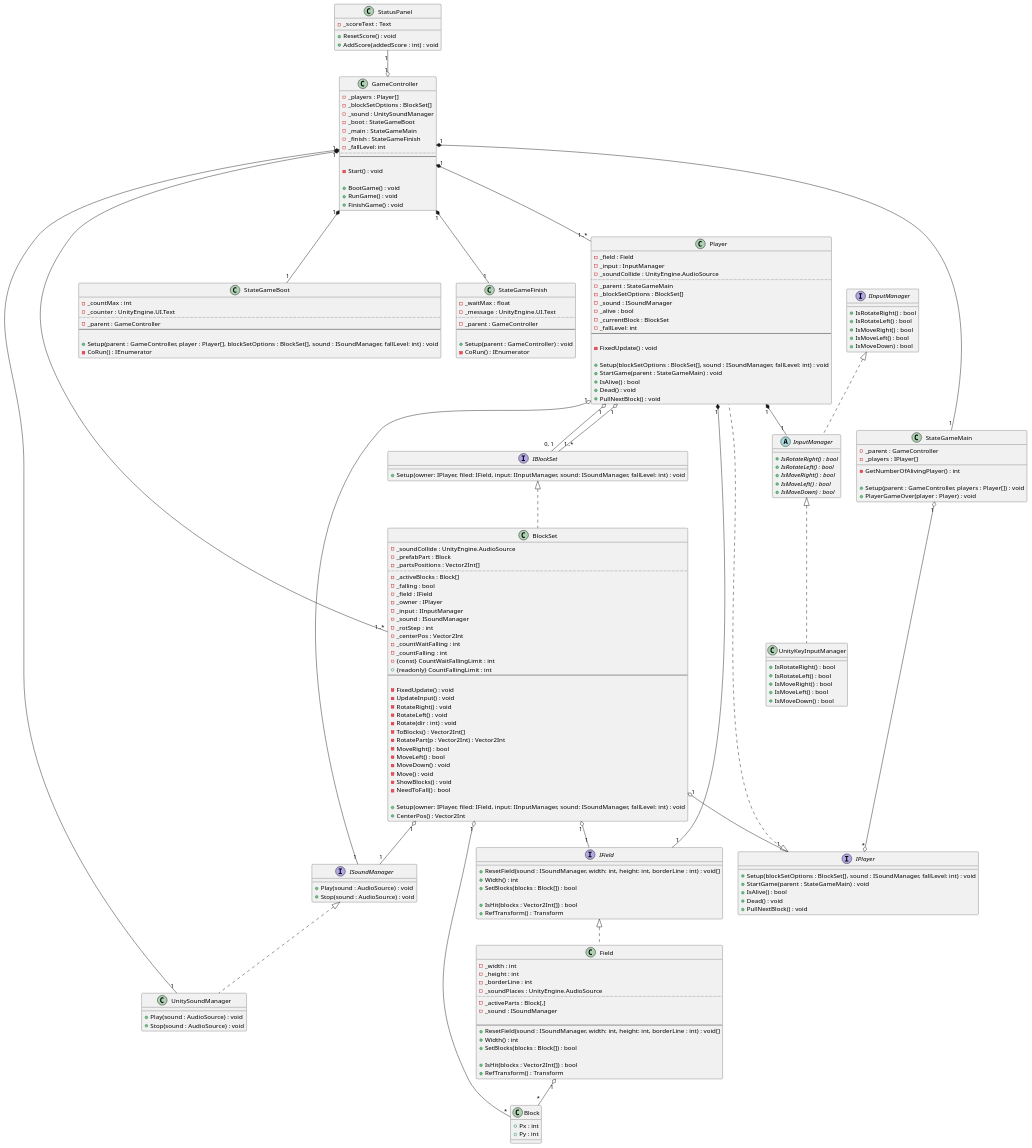
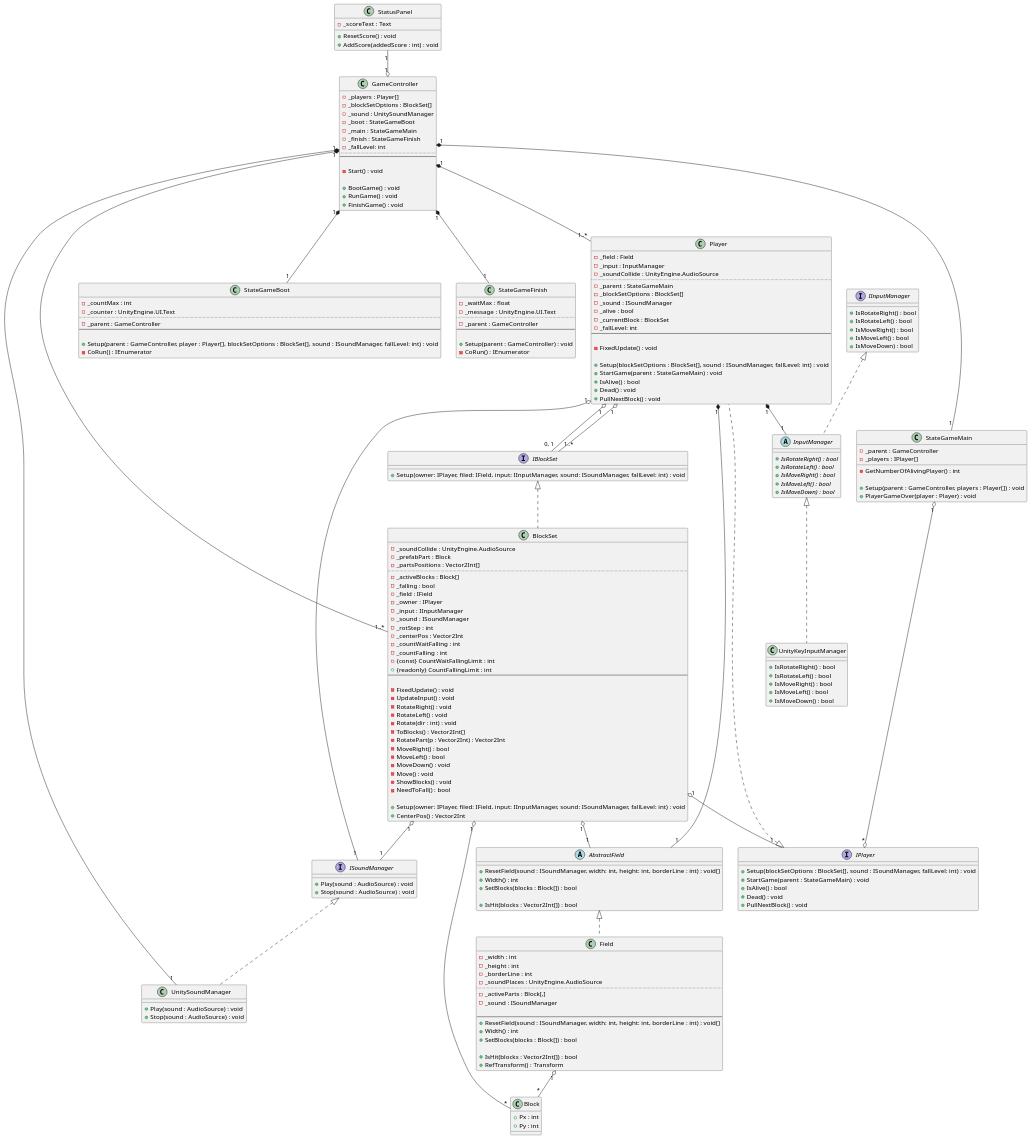
The diagram in Documents/PlantUML/CLD_Main.pu (azarashin/UnityTetris), drawn with PlantUML before and after one commit. The commit also changed 17 other files, not shown here.

```diff
--- a/Documents/PlantUML/CLD_Main.pu
+++ b/Documents/PlantUML/CLD_Main.pu
@@ -7,7 +7,7 @@
 }
 
 ' フィールドの状態を管理する
-interface IField
+abstract class AbstractField
 {
     + ResetField(sound : ISoundManager, width: int, height: int, borderLine : int) : void[]
     + Width() : int
@@ -15,7 +15,6 @@
     + SetBlocks(blocks : Block[]) : bool
 
     + IsHit(blocks : Vector2Int[]) : bool
-    + RefTransform() : Transform
 }
 
 class Field
@@ -219,7 +218,7 @@
     + AddScore(addedScore : int) : void
 }
 
-Player "1" *-- "1" IField
+Player "1" *-- "1" AbstractField
 Player "1" o-- "0, 1" IBlockSet
 Player "1" o-- "1..*" IBlockSet
 Player "1" *-- "1" InputManager
@@ -240,13 +239,13 @@
 InputManager <|.. UnityKeyInputManager
 ISoundManager <|.. UnitySoundManager
 IBlockSet <|.. BlockSet
-IField <|.. Field
+AbstractField <|.. Field
 IPlayer <|.. Player
 
 Field "1" o-- "*" Block
 BlockSet "1" o-- "*" Block
 BlockSet "1" o-- "1" ISoundManager
 BlockSet "1" o-- "1" IPlayer
-BlockSet "1" o-- "1" IField
+BlockSet "1" o-- "1" AbstractField
 
 @enduml
```
